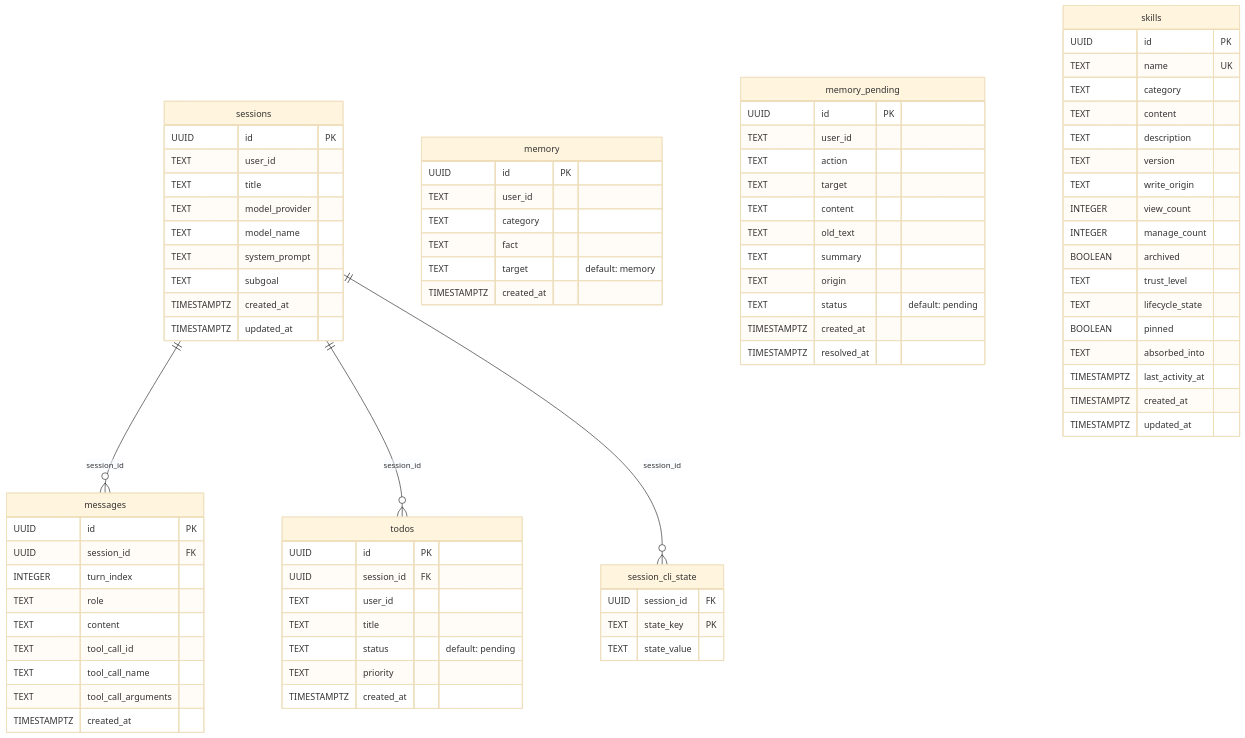
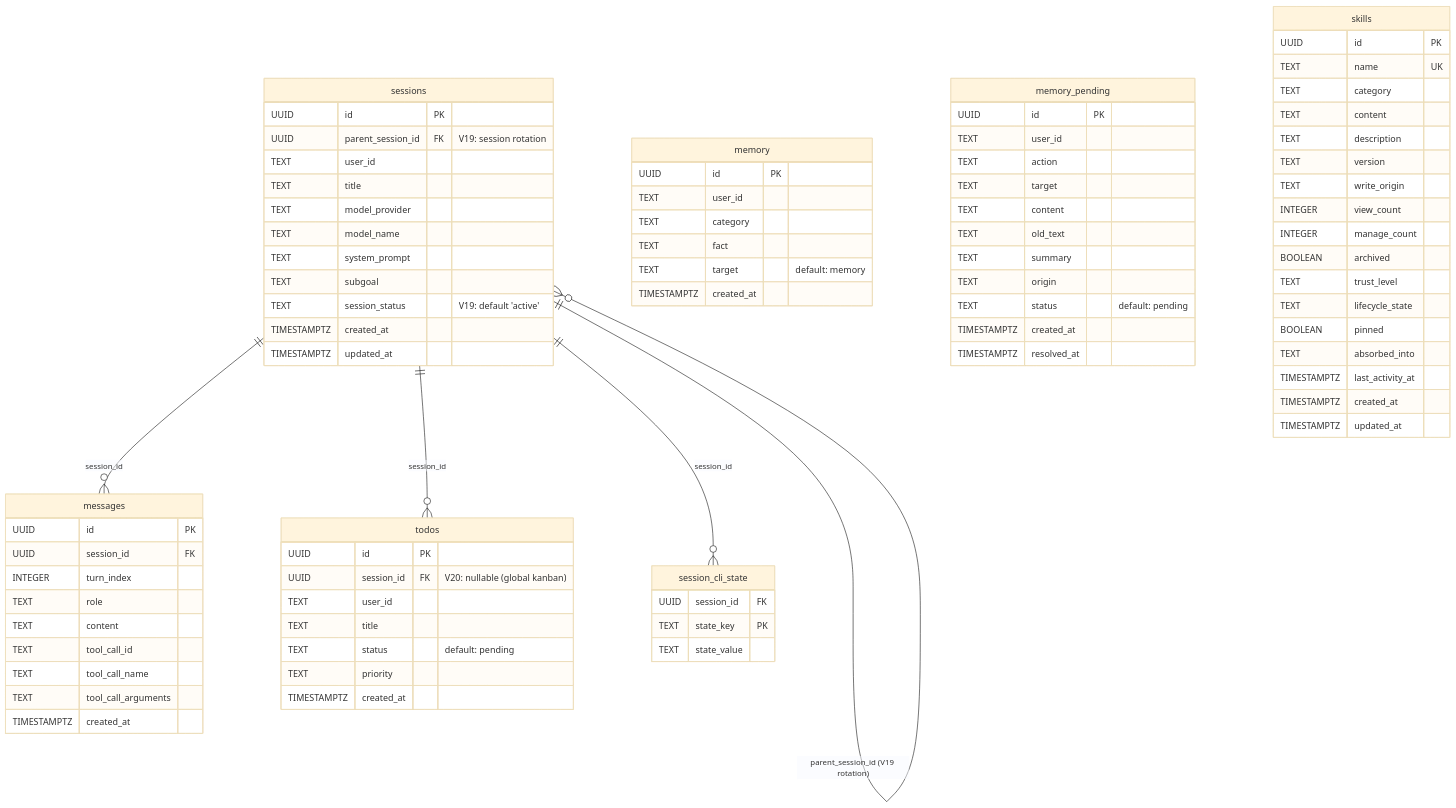
The first of 3 diagrams in docs/architecture/erd.md (FerrPOINT/java-agent), drawn with Mermaid (base theme) before and after one commit. The commit also changed other lines of this file and 113 other files, not shown here.

````diff
--- a/docs/architecture/erd.md
+++ b/docs/architecture/erd.md
@@ -11,12 +11,14 @@
 erDiagram
     sessions {
         UUID id PK
+        UUID parent_session_id FK "V19: session rotation"
         TEXT user_id
         TEXT title
         TEXT model_provider
         TEXT model_name
         TEXT system_prompt
         TEXT subgoal
+        TEXT session_status "V19: default 'active'"
         TIMESTAMPTZ created_at
         TIMESTAMPTZ updated_at
     }
@@ -58,7 +60,7 @@
 
     todos {
         UUID id PK
-        UUID session_id FK
+        UUID session_id FK "V20: nullable (global kanban)"
         TEXT user_id
         TEXT title
         TEXT status "default: pending"
@@ -95,4 +97,5 @@
     sessions ||--o{ messages : "session_id"
     sessions ||--o{ todos : "session_id"
     sessions ||--o{ session_cli_state : "session_id"
+    sessions ||--o{ sessions : "parent_session_id (V19 rotation)"
 ```
````
